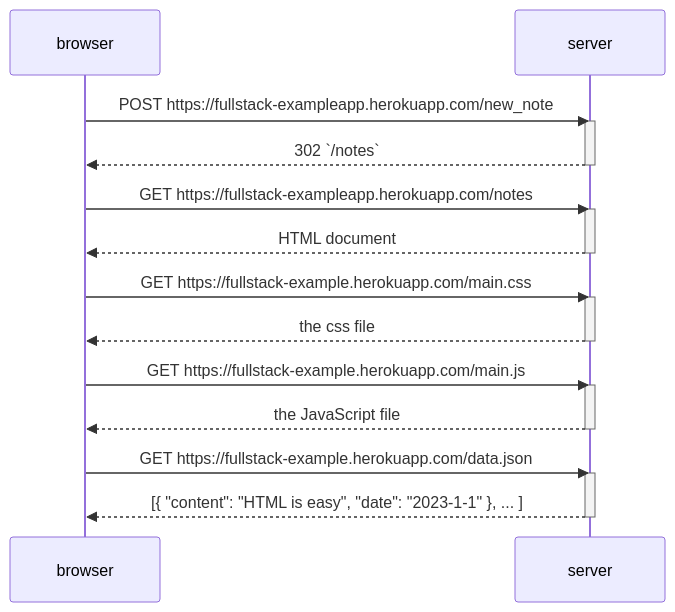
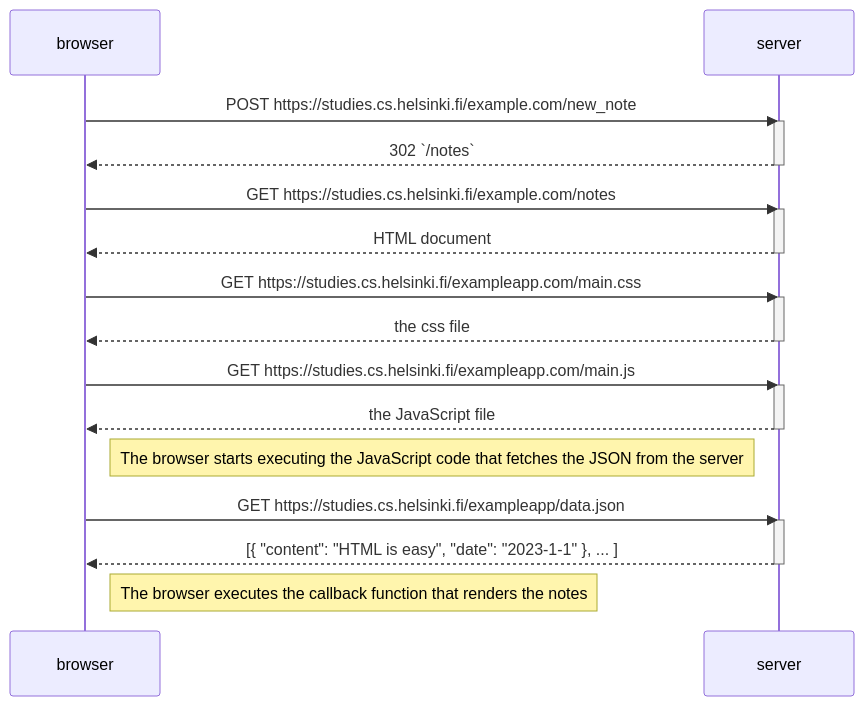
Before and after one commit to adiah-fullstack-open/part0: the diagram in newNote.md, drawn with Mermaid.

Commit message:
Adjust the url

````diff
--- a/newNote.md
+++ b/newNote.md
@@ -9,30 +9,34 @@
 ```mermaid
 sequenceDiagram
 	participant browser
 	participant server
 
-	browser->>server: POST https://fullstack-exampleapp.herokuapp.com/new_note
+	browser->>server: POST https://studies.cs.helsinki.fi/example.com/new_note
 	activate server
 	server-->>browser: 302 `/notes`
 	deactivate server
 
-	browser->>server: GET https://fullstack-exampleapp.herokuapp.com/notes
+	browser->>server: GET https://studies.cs.helsinki.fi/example.com/notes
     activate server
     server-->>browser: HTML document
     deactivate server
 
-    browser->>server: GET https://fullstack-example.herokuapp.com/main.css
+    browser->>server: GET https://studies.cs.helsinki.fi/exampleapp.com/main.css
     activate server
     server-->>browser: the css file
     deactivate server
 
-    browser->>server: GET https://fullstack-example.herokuapp.com/main.js
+    browser->>server: GET https://studies.cs.helsinki.fi/exampleapp.com/main.js
     activate server
     server-->>browser: the JavaScript file
     deactivate server
 
-    browser->>server: GET https://fullstack-example.herokuapp.com/data.json
+    Note right of browser: The browser starts executing the JavaScript code that fetches the JSON from the server
+
+    browser->>server: GET https://studies.cs.helsinki.fi/exampleapp/data.json
     activate server
     server-->>browser: [{ "content": "HTML is easy", "date": "2023-1-1" }, ... ]
     deactivate server
+
+    Note right of browser: The browser executes the callback function that renders the notes
 ```
````
